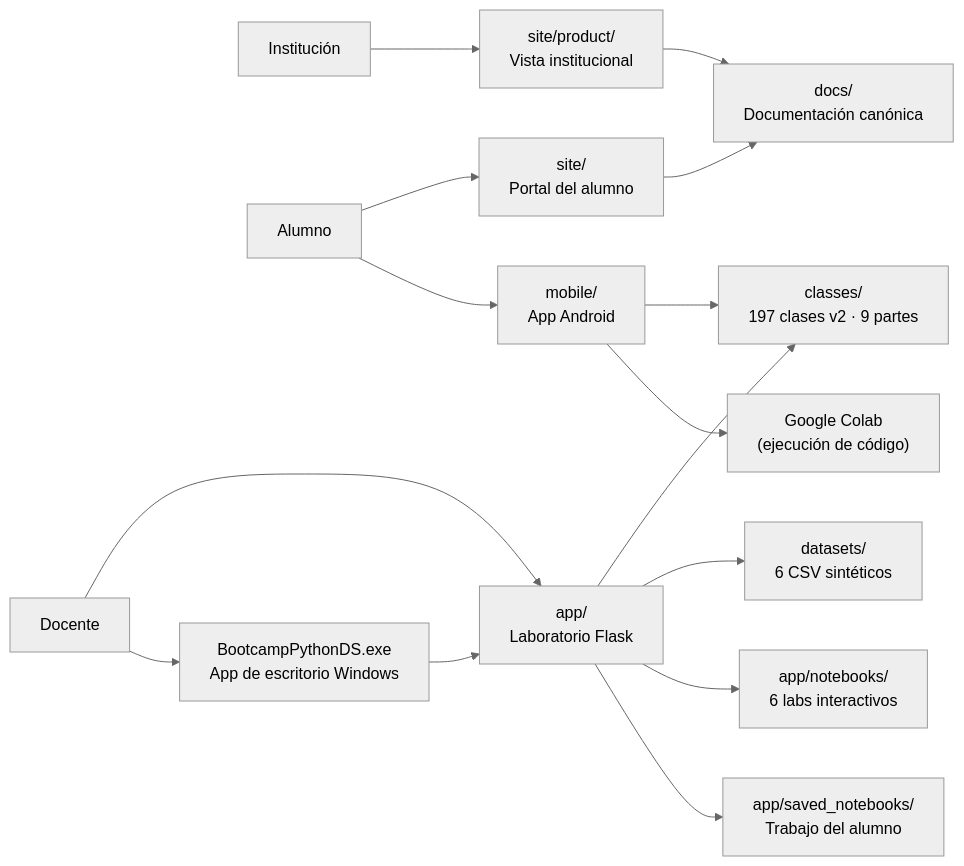
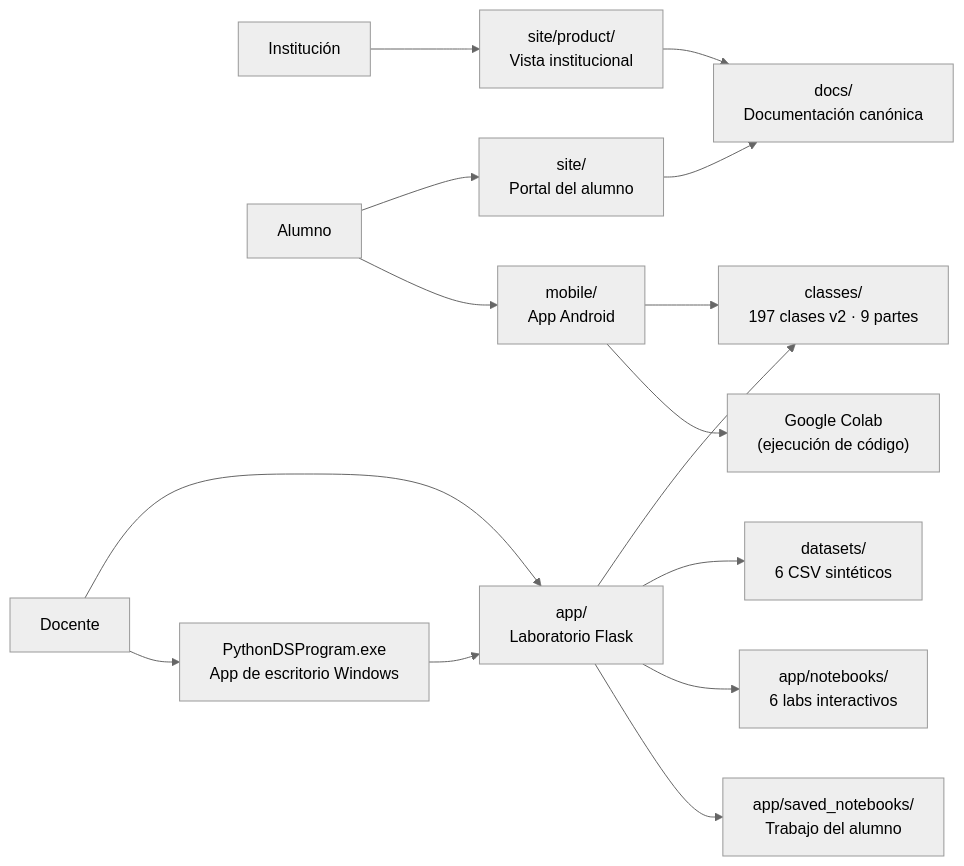
Before and after one commit to vladimiracunadev-create/python-data-science-bootcamp: the diagram in README.md, drawn with Mermaid (neutral theme). The commit also changed other lines of this file and 79 other files, not shown here.

````diff
--- a/README.md
+++ b/README.md
@@ -149,18 +149,18 @@
 ```mermaid
 graph LR
     INST["Institución"] --> PRODUCT["site/product/\nVista institucional"]
     ALUM["Alumno"] --> PORTAL["site/\nPortal del alumno"]
     ALUM --> MOBILE["mobile/\nApp Android"]
     DOC["Docente"] --> LAB["app/\nLaboratorio Flask"]
-    DOC --> WIN["BootcampPythonDS.exe\nApp de escritorio Windows"]
+    DOC --> WIN["PythonDSProgram.exe\nApp de escritorio Windows"]
 
     PRODUCT --> DOCS["docs/\nDocumentación canónica"]
     PORTAL --> DOCS
     MOBILE --> CLASSES["classes/\n197 clases v2 · 9 partes"]
     MOBILE --> COLAB["Google Colab\n(ejecución de código)"]
     LAB --> CLASSES
     LAB --> DATA["datasets/\n6 CSV sintéticos"]
     LAB --> NOTEBOOKS["app/notebooks/\n6 labs interactivos"]
     LAB --> SAVED["app/saved_notebooks/\nTrabajo del alumno"]
     WIN --> LAB
 ```
````
